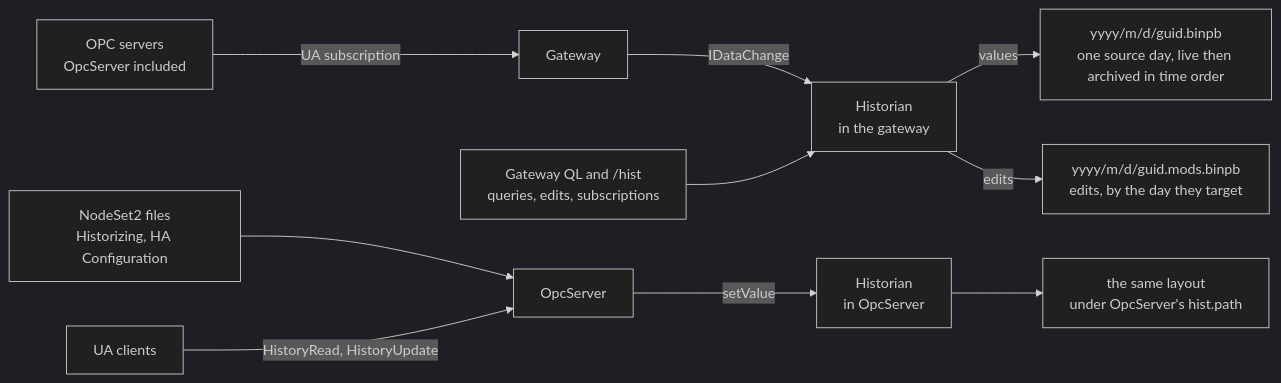
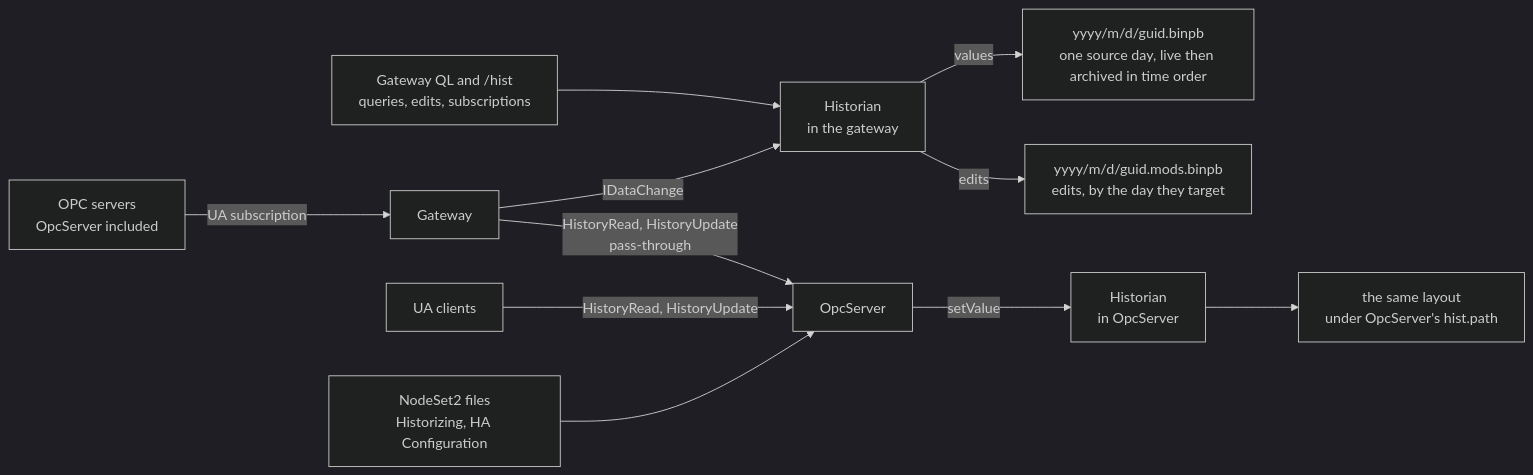
Before and after one commit to Jde-cpp/opc-hub: the diagram in libs/historian/docs/spec.md, drawn with Mermaid (dark theme). The commit also changed other lines of this file and 1 other file, not shown here.

First line of the commit message:
Historian 3.0 #213: rule P1–P5 and fold the pass-through into the spec

````diff
--- a/libs/historian/docs/spec.md
+++ b/libs/historian/docs/spec.md
@@ -42,12 +43,13 @@
 ```mermaid
 flowchart LR
     OPC[OPC servers<br/>OpcServer included] -->|UA subscription| GW[Gateway]
     GW -->|IDataChange| H[Historian<br/>in the gateway]
     QL[Gateway QL and /hist<br/>queries, edits, subscriptions] --> H
     H -->|values| DAY["yyyy/m/d/guid.binpb<br/>one source day, live then archived in time order"]
     H -->|edits| MODS["yyyy/m/d/guid.mods.binpb<br/>edits, by the day they target"]
     NS[NodeSet2 files<br/>Historizing, HA Configuration] --> OS[OpcServer]
     UA[UA clients] -->|HistoryRead, HistoryUpdate| OS
+    GW -->|HistoryRead, HistoryUpdate<br/>pass-through| OS
     OS -->|setValue| HS[Historian<br/>in OpcServer]
     HS --> OSF["the same layout<br/>under OpcServer's hist.path"]
 ```
````
